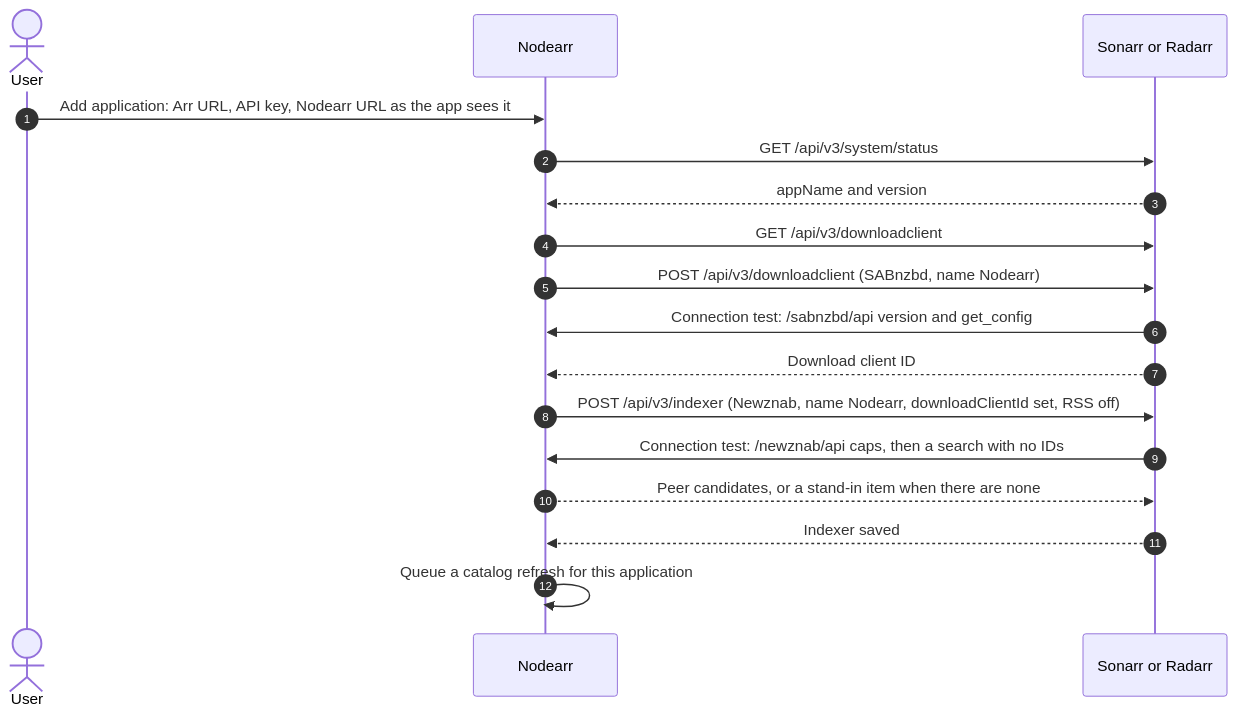
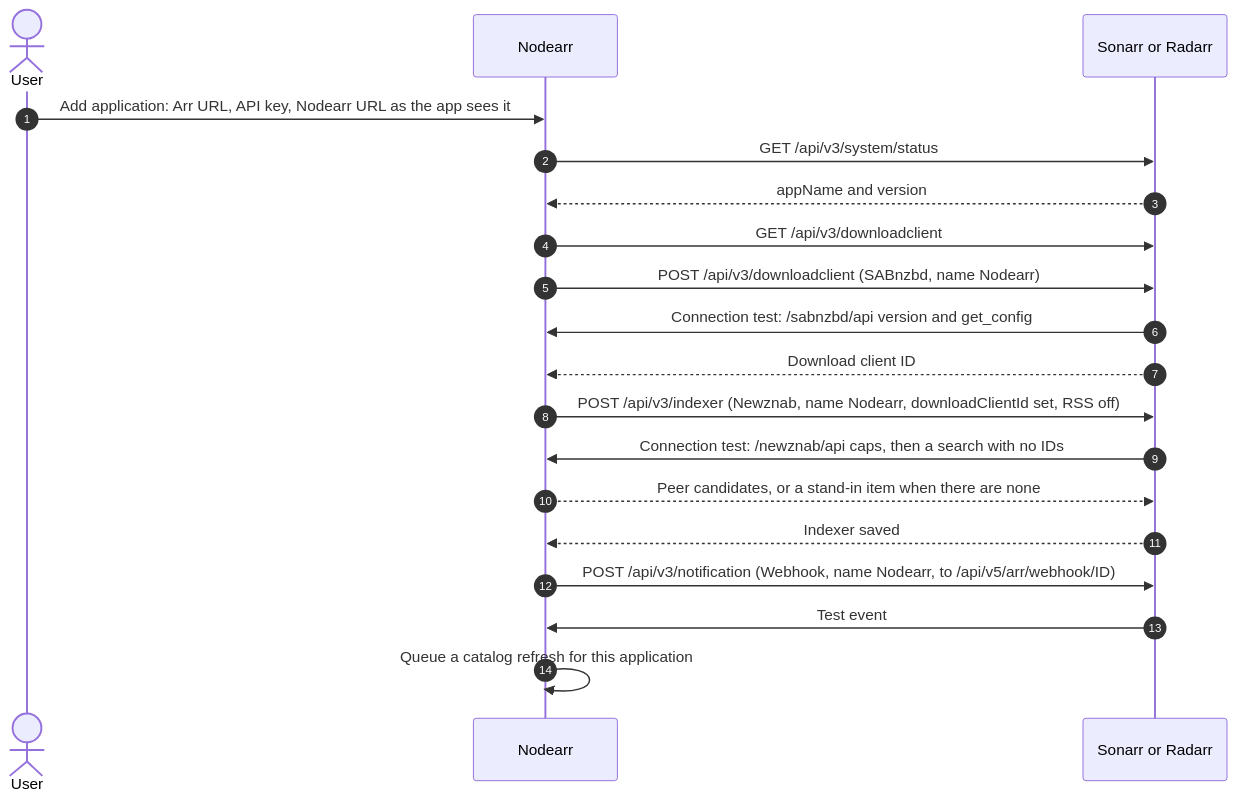
The first of 3 diagrams in docs/diagrams/catalog-import-sonarr-radarr.md (Nodearr/Nodearr), drawn with Mermaid before and after one commit. The commit also changed other lines of this file and 35 other files, not shown here.

````diff
--- a/docs/diagrams/catalog-import-sonarr-radarr.md
+++ b/docs/diagrams/catalog-import-sonarr-radarr.md
@@ -9,20 +9,22 @@
 ```mermaid
 sequenceDiagram
     autonumber
     actor User
     participant Nodearr
     participant Arr as Sonarr or Radarr
 
     User->>Nodearr: Add application: Arr URL, API key, Nodearr URL as the app sees it
     Nodearr->>Arr: GET /api/v3/system/status
     Arr-->>Nodearr: appName and version
     Nodearr->>Arr: GET /api/v3/downloadclient
     Nodearr->>Arr: POST /api/v3/downloadclient (SABnzbd, name Nodearr)
     Arr->>Nodearr: Connection test: /sabnzbd/api version and get_config
     Arr-->>Nodearr: Download client ID
     Nodearr->>Arr: POST /api/v3/indexer (Newznab, name Nodearr, downloadClientId set, RSS off)
     Arr->>Nodearr: Connection test: /newznab/api caps, then a search with no IDs
     Nodearr-->>Arr: Peer candidates, or a stand-in item when there are none
     Arr-->>Nodearr: Indexer saved
+    Nodearr->>Arr: POST /api/v3/notification (Webhook, name Nodearr, to /api/v5/arr/webhook/ID)
+    Arr->>Nodearr: Test event
     Nodearr->>Nodearr: Queue a catalog refresh for this application
 ```
````
